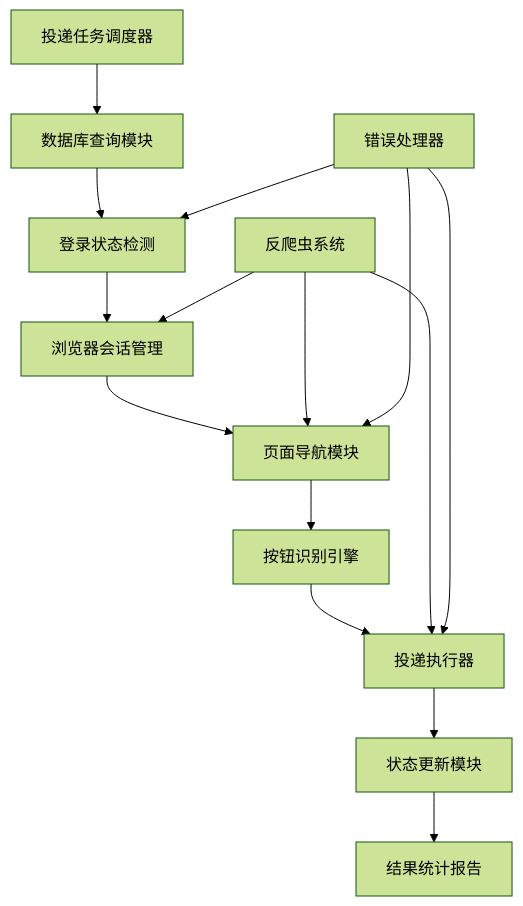
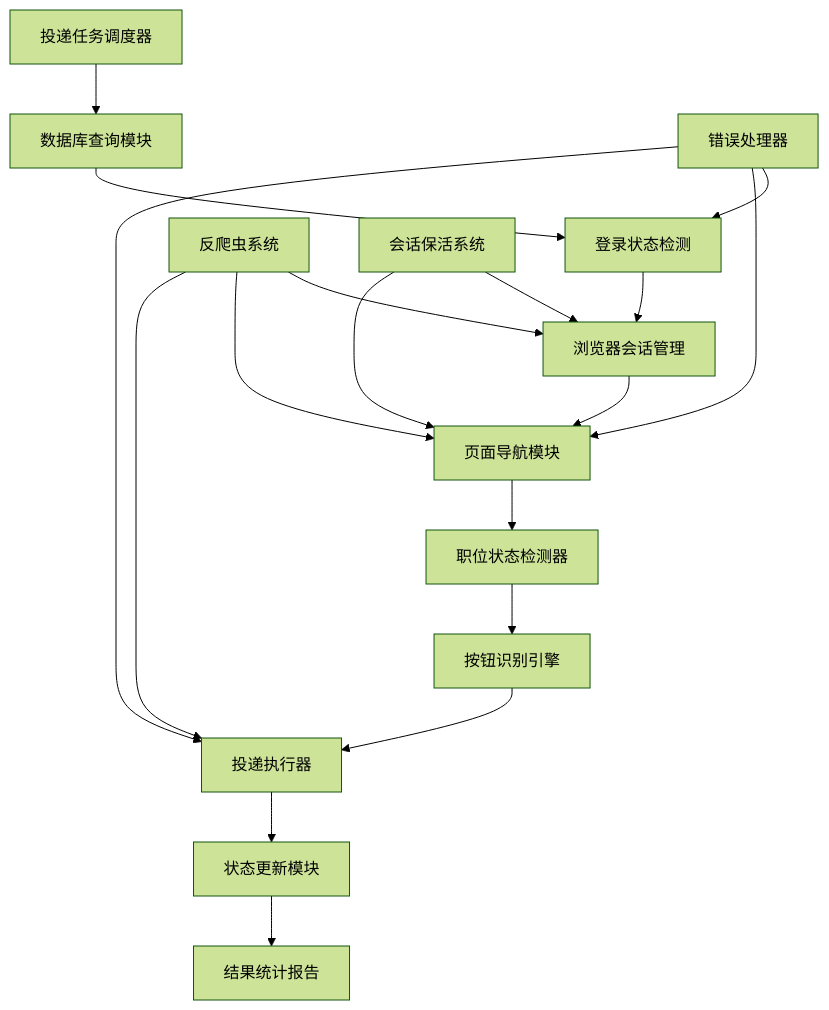
Before and after one commit to bin448482/MyThird: the third of 4 diagrams in CLAUDE.md, drawn with Mermaid (forest theme). The commit also changed other lines of this file and 14 other files, not shown here.

````diff
--- a/CLAUDE.md
+++ b/CLAUDE.md
@@ -915,19 +915,23 @@
 ```mermaid
 graph TB
     A[投递任务调度器] --> B[数据库查询模块]
     B --> C[登录状态检测]
     C --> D[浏览器会话管理]
     D --> E[页面导航模块]
-    E --> F[按钮识别引擎]
-    F --> G[投递执行器]
-    G --> H[状态更新模块]
-    H --> I[结果统计报告]
+    E --> F[职位状态检测器]
+    F --> G[按钮识别引擎]
+    G --> H[投递执行器]
+    H --> I[状态更新模块]
+    I --> J[结果统计报告]
     
-    J[反爬虫系统] --> D
-    J --> E
-    J --> G
+    K[反爬虫系统] --> D
+    K --> E
+    K --> H
     
-    K[错误处理器] --> C
-    K --> E
-    K --> G
+    L[错误处理器] --> C
+    L --> E
+    L --> H
+    
+    M[会话保活系统] --> D
+    M --> E
 ```
````
